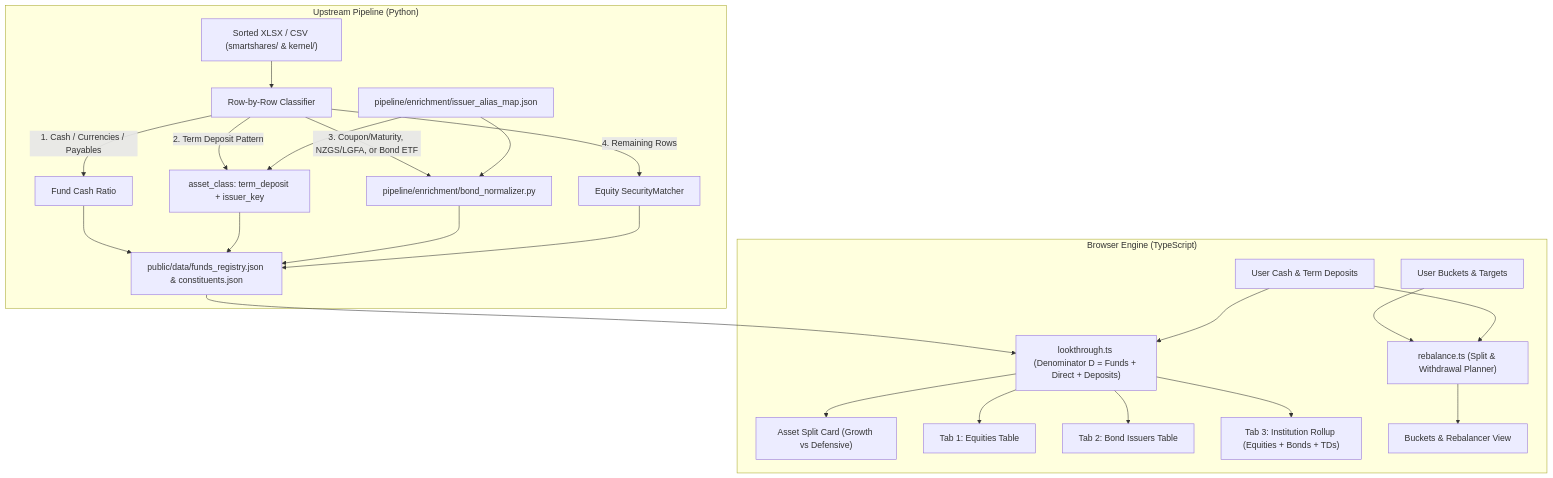
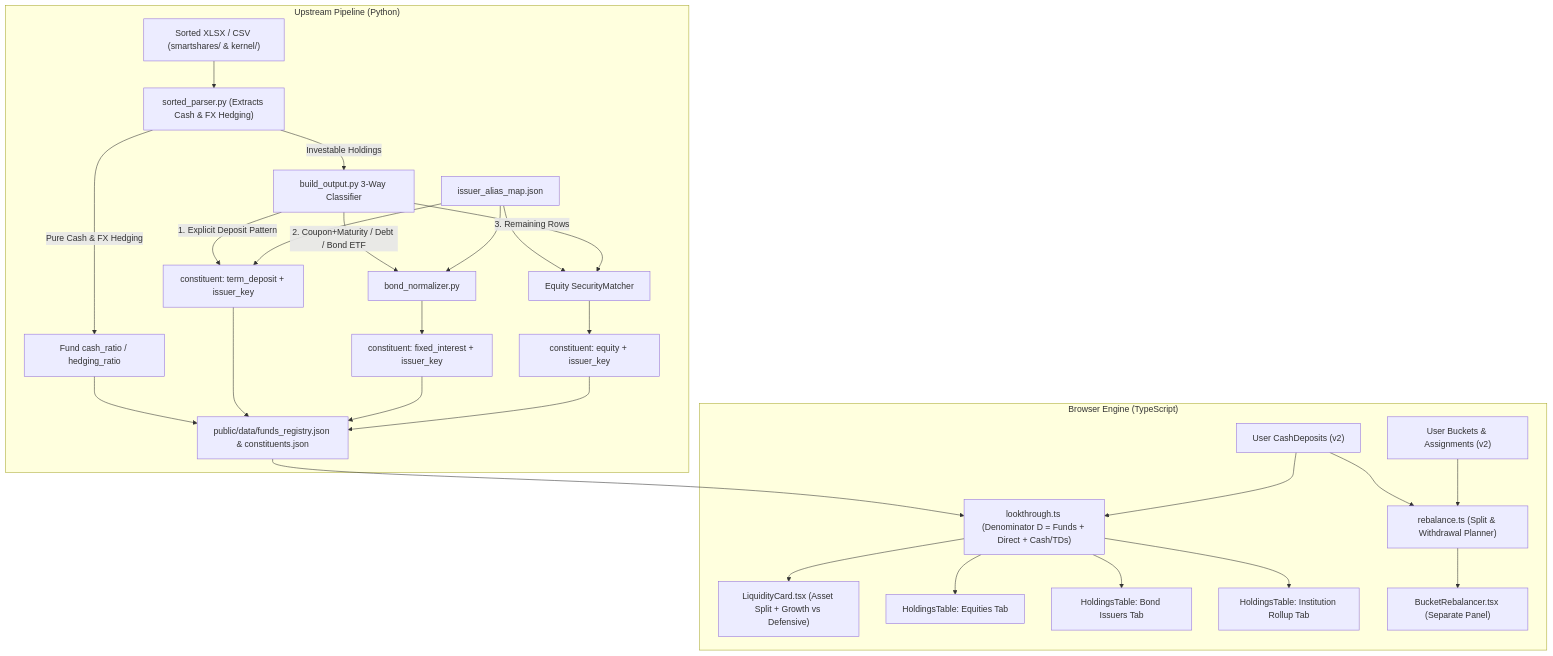
Before and after one commit to SusanJaneNZ/kiwi-portfolio-xray: the diagram in docs/designs/asset-split-bonds-tds.md, drawn with Mermaid. The commit also changed other lines of this file and 24 other files, not shown here.

````diff
--- a/docs/designs/asset-split-bonds-tds.md
+++ b/docs/designs/asset-split-bonds-tds.md
@@ -51,31 +49,34 @@
 ```mermaid
 flowchart TD
     subgraph Upstream ["Upstream Pipeline (Python)"]
         XLSX["Sorted XLSX / CSV (smartshares/ & kernel/)"]
-        ROW["Row-by-Row Classifier"]
-        BNORM["pipeline/enrichment/bond_normalizer.py"]
-        IALIAS["pipeline/enrichment/issuer_alias_map.json"]
+        SP["sorted_parser.py (Extracts Cash & FX Hedging)"]
+        CLS["build_output.py 3-Way Classifier"]
+        BNORM["bond_normalizer.py"]
+        IALIAS["issuer_alias_map.json"]
         SMATCH["Equity SecurityMatcher"]
 
-        XLSX --> ROW
-        ROW -->|1. Cash / Currencies / Payables| CASH["Fund Cash Ratio"]
-        ROW -->|2. Term Deposit Pattern| TDROW["asset_class: term_deposit + issuer_key"]
-        ROW -->|3. Coupon/Maturity, NZGS/LGFA, or Bond ETF| BNORM
-        IALIAS --> BNORM
-        IALIAS --> TDROW
-        ROW -->|4. Remaining Rows| SMATCH
-        CASH & TDROW & BNORM & SMATCH --> OUT["public/data/funds_registry.json & constituents.json"]
+        XLSX --> SP
+        SP -->|Pure Cash & FX Hedging| CASH["Fund cash_ratio / hedging_ratio"]
+        SP -->|Investable Holdings| CLS
+        CLS -->|1. Explicit Deposit Pattern| TDROW["constituent: term_deposit + issuer_key"]
+        CLS -->|2. Coupon+Maturity / Debt / Bond ETF| BNORM
+        IALIAS --> BNORM & TDROW & SMATCH
+        CLS -->|3. Remaining Rows| SMATCH
+        BNORM --> BONDROW["constituent: fixed_interest + issuer_key"]
+        SMATCH --> EQROW["constituent: equity + issuer_key"]
+        CASH & TDROW & BONDROW & EQROW --> OUT["public/data/funds_registry.json & constituents.json"]
     end
 
     subgraph Client ["Browser Engine (TypeScript)"]
-        OUT --> LT["lookthrough.ts (Denominator D = Funds + Direct + Deposits)"]
-        TD["User Cash & Term Deposits"] --> LT
-        BKTDEF["User Buckets & Targets"] --> REB["rebalance.ts (Split & Withdrawal Planner)"]
-        TD --> REB
-        LT --> SPLIT["Asset Split Card (Growth vs Defensive)"]
-        LT --> T1["Tab 1: Equities Table"]
-        LT --> T2["Tab 2: Bond Issuers Table"]
-        LT --> T3["Tab 3: Institution Rollup (Equities + Bonds + TDs)"]
-        REB --> T4["Buckets & Rebalancer View"]
+        OUT --> LT["lookthrough.ts (Denominator D = Funds + Direct + Cash/TDs)"]
+        CD["User CashDeposits (v2)"] --> LT
+        CD --> REB["rebalance.ts (Split & Withdrawal Planner)"]
+        BKTDEF["User Buckets & Assignments (v2)"] --> REB
+        LT --> SPLIT["LiquidityCard.tsx (Asset Split + Growth vs Defensive)"]
+        LT --> T1["HoldingsTable: Equities Tab"]
+        LT --> T2["HoldingsTable: Bond Issuers Tab"]
+        LT --> T3["HoldingsTable: Institution Rollup Tab"]
+        REB --> BKT["BucketRebalancer.tsx (Separate Panel)"]
     end
 ```
````
